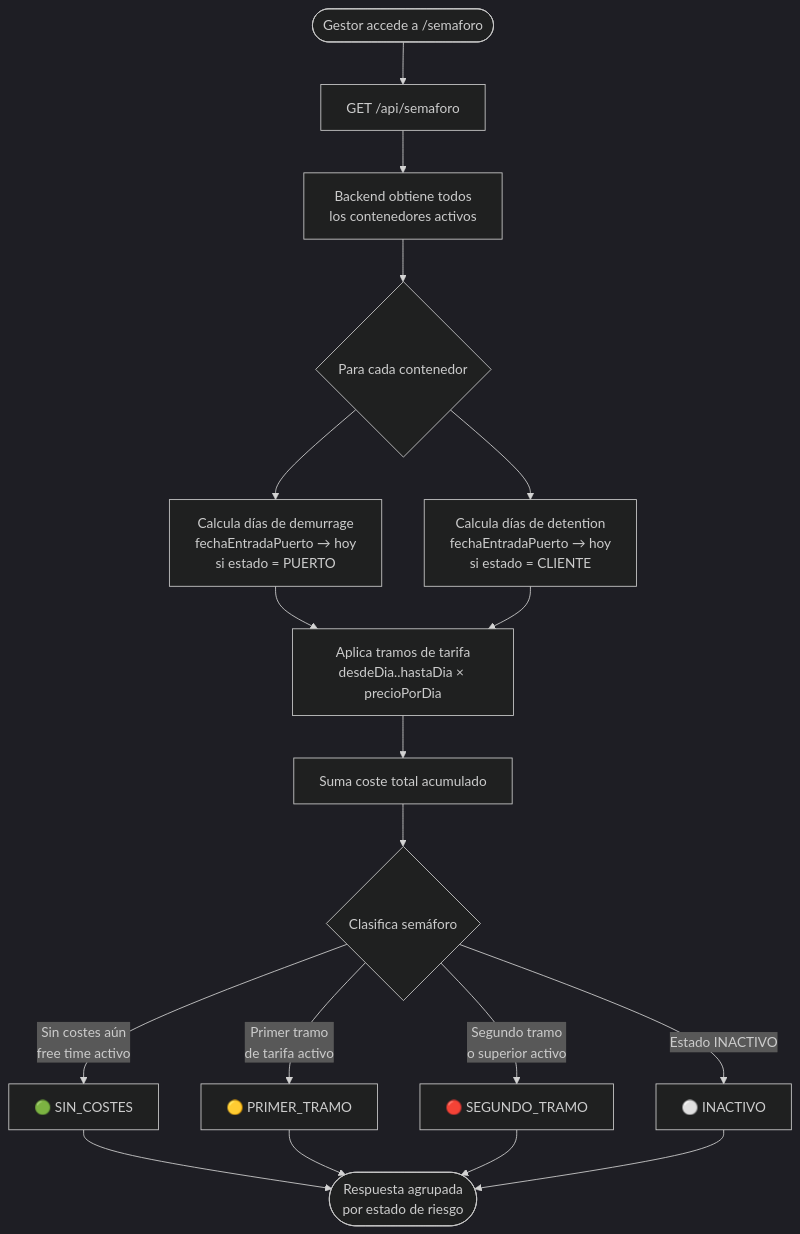
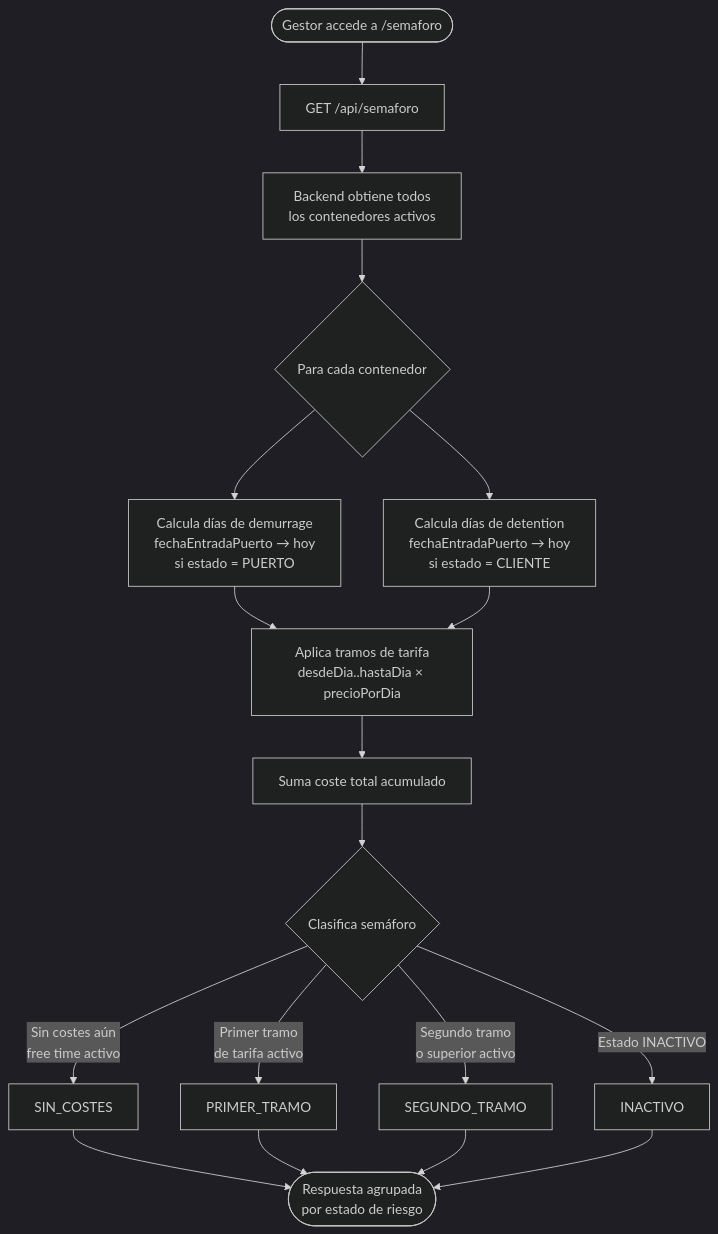
One commit to Agsergio04/Fluster changed the sixth of 6 diagrams in docs/05-diseno.md. Above: the diagram before and after it, drawn with Mermaid (dark theme). The commit also changed other lines of this file and 4 other files, not shown here.

````diff
--- a/docs/05-diseno.md
+++ b/docs/05-diseno.md
@@ -478,17 +478,17 @@
 ```mermaid
 flowchart TD
     A([Gestor accede a /semaforo]) --> B[GET /api/semaforo]
     B --> C[Backend obtiene todos\nlos contenedores activos]
     C --> D{Para cada contenedor}
     D --> E[Calcula días de demurrage\nfechaEntradaPuerto → hoy\nsi estado = PUERTO]
     D --> F[Calcula días de detention\nfechaEntradaPuerto → hoy\nsi estado = CLIENTE]
     E --> G[Aplica tramos de tarifa\ndesdeDia..hastaDia × precioPorDia]
     F --> G
     G --> H[Suma coste total acumulado]
     H --> I{Clasifica semáforo}
-    I -->|Sin costes aún\nfree time activo| J[🟢 SIN_COSTES]
-    I -->|Primer tramo\nde tarifa activo| K[🟡 PRIMER_TRAMO]
-    I -->|Segundo tramo\no superior activo| L[🔴 SEGUNDO_TRAMO]
-    I -->|Estado INACTIVO| M[⚪ INACTIVO]
+    I -->|Sin costes aún\nfree time activo| J[SIN_COSTES]
+    I -->|Primer tramo\nde tarifa activo| K[PRIMER_TRAMO]
+    I -->|Segundo tramo\no superior activo| L[SEGUNDO_TRAMO]
+    I -->|Estado INACTIVO| M[INACTIVO]
     J & K & L & M --> N([Respuesta agrupada\npor estado de riesgo])
 ```
````
